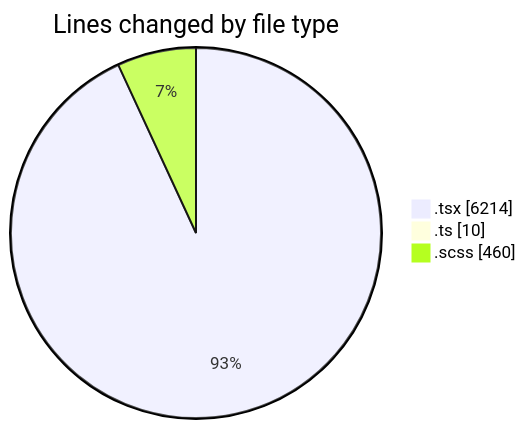
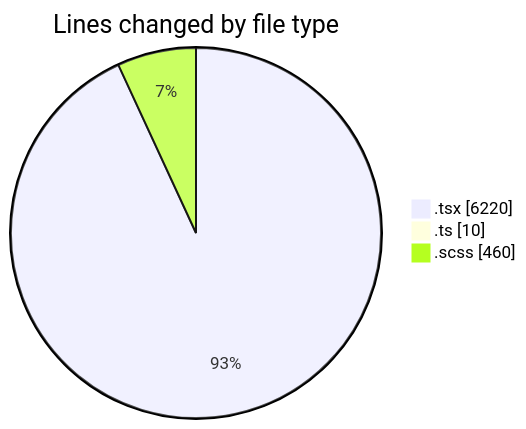
Before and after one commit to momahboobian/code-tracking: the first of 2 diagrams in 2025-11-17/cda/README.md, drawn with Mermaid. The commit also changed other lines of this file and 1 other file, not shown here.

````diff
--- a/2025-11-17/cda/README.md
+++ b/2025-11-17/cda/README.md
@@ -31,7 +31,7 @@
 ```mermaid
 pie showData
 title Lines changed by file type
-".tsx" : 6214
+".tsx" : 6220
 ".ts" : 10
 ".scss" : 460
 ```
````
